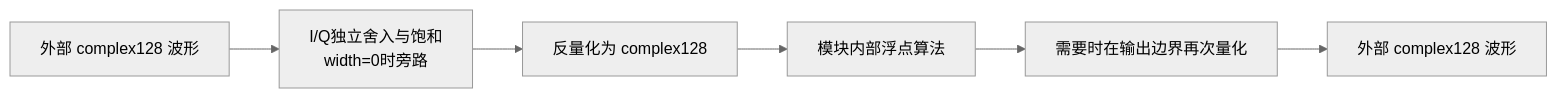
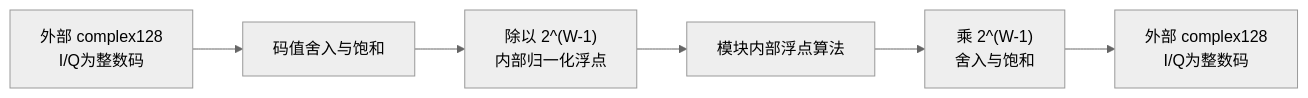
The first of 15 diagrams in README.md (niyilu45/DPD_ILC), drawn with Mermaid (neutral theme) before and after one commit. The commit also changed other lines of this file and 17 other files, not shown here.

````diff
--- a/README.md
+++ b/README.md
@@ -94,8 +94,8 @@
 ```mermaid
 flowchart LR
-    input["外部 complex128 波形"] --> quantizer["I/Q独立舍入与饱和<br/>width=0时旁路"]
-    quantizer --> floating["反量化为 complex128"]
+    input["外部 complex128<br/>I/Q为整数码"] --> quantizer["码值舍入与饱和"]
+    quantizer --> floating["除以 2^(W-1)<br/>内部归一化浮点"]
     floating --> algorithm["模块内部浮点算法"]
-    algorithm --> outputQuantizer["需要时在输出边界再次量化"]
-    outputQuantizer --> output["外部 complex128 波形"]
+    algorithm --> outputQuantizer["乘 2^(W-1)<br/>舍入与饱和"]
+    outputQuantizer --> output["外部 complex128<br/>I/Q为整数码"]
 ```
````
